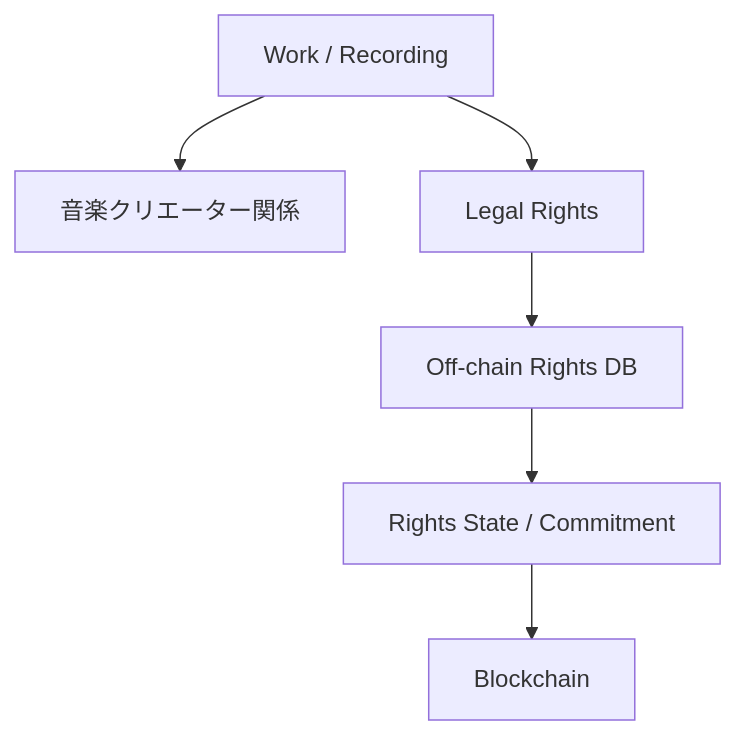
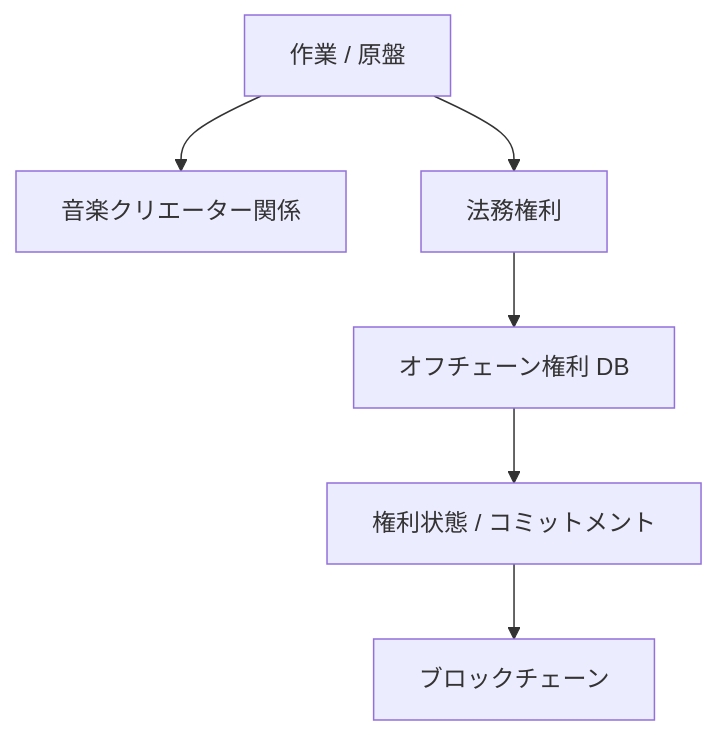
One commit to ShigeichiroYamasaki/creator-first-platform changed diagram 13 of 47 in docs/whitepaper/13-roadmap.md. Above: the diagram before and after it, drawn with Mermaid. The commit also changed other lines of this file and 72 other files, not shown here.

````diff
--- a/docs/whitepaper/13-roadmap.md
+++ b/docs/whitepaper/13-roadmap.md
@@ -417,11 +417,11 @@
 ```mermaid
 flowchart TD
-    WORK[Work / Recording]
+    WORK[作業 / 原盤]
 
     WORK --> CREATOR[音楽クリエーター関係]
-    WORK --> RIGHTS[Legal Rights]
+    WORK --> RIGHTS[法務権利]
 
-    RIGHTS --> DB[Off-chain Rights DB]
-    DB --> COMMIT[Rights State / Commitment]
-    COMMIT --> CHAIN[Blockchain]
+    RIGHTS --> DB[オフチェーン権利 DB]
+    DB --> COMMIT[権利状態 / コミットメント]
+    COMMIT --> CHAIN[ブロックチェーン]
 ```
````
